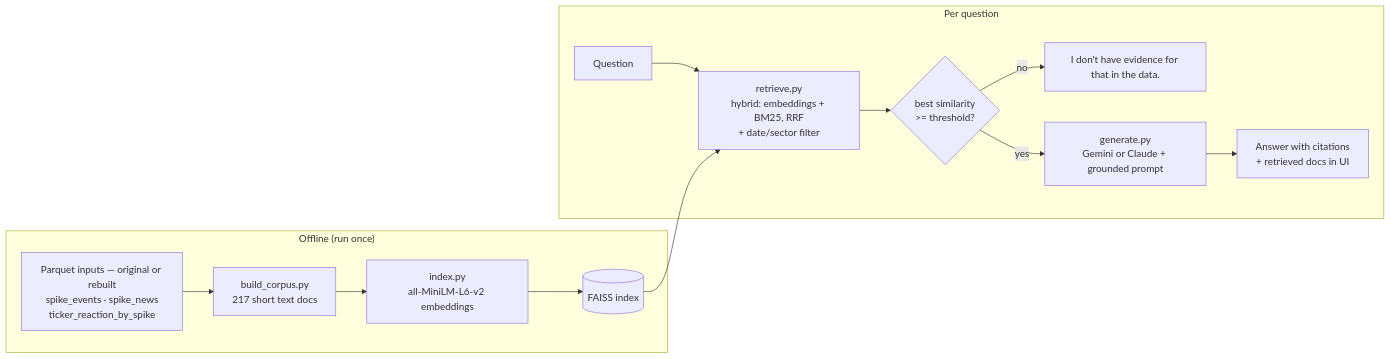
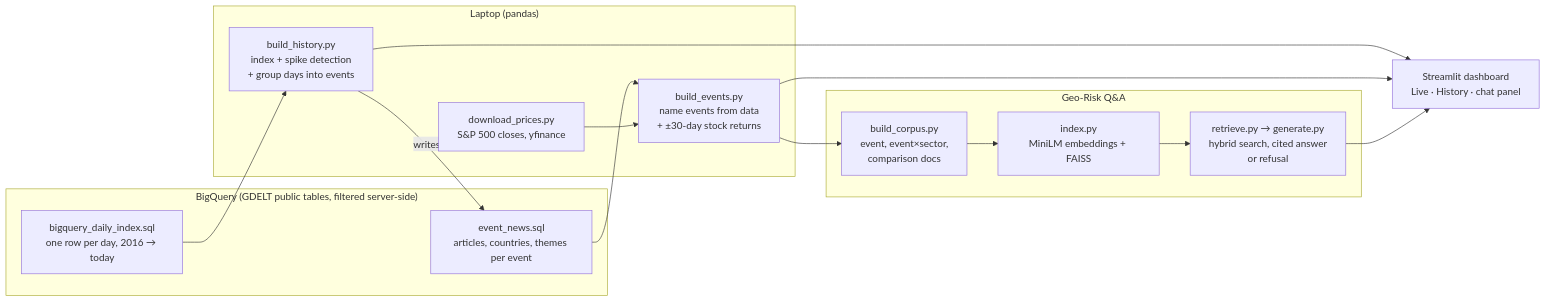
The diagram in README.md (jjeong4335/gdelt-risk-platform), drawn with Mermaid before and after one commit. The commit also changed other lines of this file and 2 other files, not shown here.

Commit message:
Rewrite README and model card for the data-driven pipeline, with final eval results

````diff
--- a/README.md
+++ b/README.md
@@ -361,17 +15,24 @@
 ```mermaid
 flowchart LR
-    subgraph Offline["Offline (run once)"]
-        P[Parquet inputs — original or rebuilt<br/>spike_events · spike_news<br/>ticker_reaction_by_spike]
-        P --> C[build_corpus.py<br/>217 short text docs]
-        C --> E[index.py<br/>all-MiniLM-L6-v2 embeddings]
-        E --> F[(FAISS index)]
+    subgraph BQ["BigQuery (GDELT public tables, filtered server-side)"]
+        A1[bigquery_daily_index.sql<br/>one row per day, 2016 → today]
+        A2[event_news.sql<br/>articles, countries, themes per event]
     end
-    subgraph Online["Per question"]
-        Q[Question] --> R[retrieve.py<br/>hybrid: embeddings + BM25, RRF<br/>+ date/sector filter]
-        F --> R
-        R --> G{best similarity<br/>>= threshold?}
-        G -- no --> X["I don't have evidence for that in the data."]
-        G -- yes --> L[generate.py<br/>Gemini or Claude + grounded prompt]
-        L --> A[Answer with citations<br/>+ retrieved docs in UI]
+    subgraph Laptop["Laptop (pandas)"]
+        B1[build_history.py<br/>index + spike detection<br/>+ group days into events]
+        B2[build_events.py<br/>name events from data<br/>+ ±30-day stock returns]
+        P[download_prices.py<br/>S&P 500 closes, yfinance]
     end
+    subgraph RAG["Geo-Risk Q&A"]
+        C1[build_corpus.py<br/>event, event×sector,<br/>comparison docs]
+        C2[index.py<br/>MiniLM embeddings + FAISS]
+        C3[retrieve.py → generate.py<br/>hybrid search, cited answer<br/>or refusal]
+    end
+    A1 --> B1 -- writes --> A2
+    A2 --> B2
+    P --> B2
+    B2 --> C1 --> C2 --> C3
+    B1 --> D[Streamlit dashboard<br/>Live · History · chat panel]
+    B2 --> D
+    C3 --> D
 ```
````
